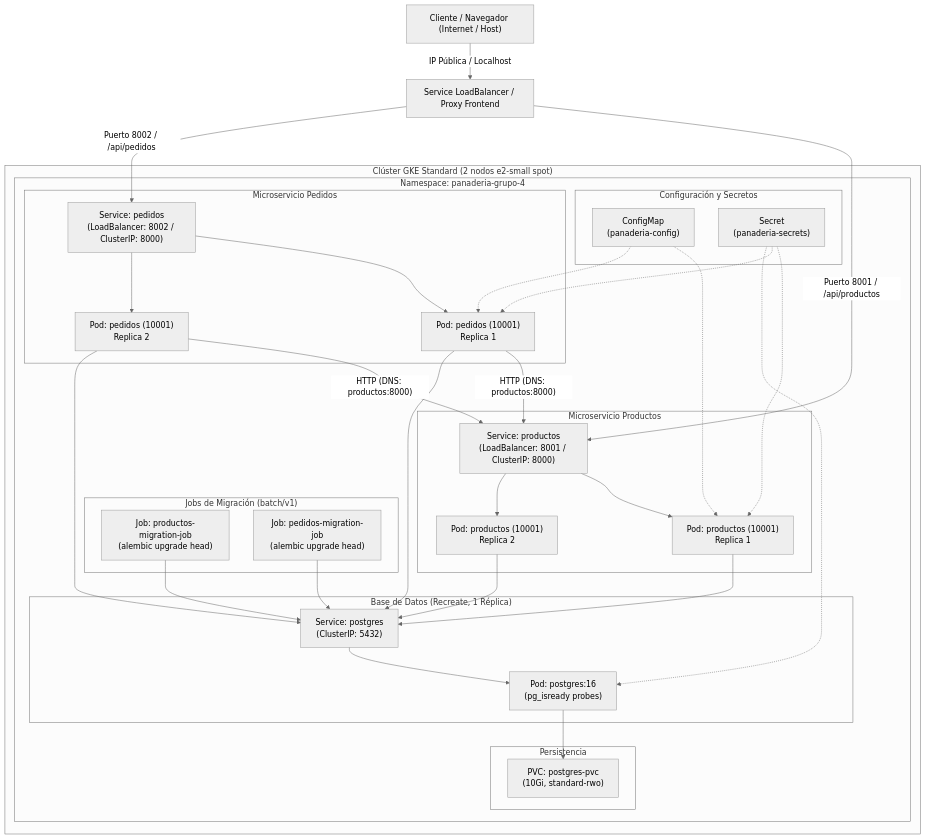
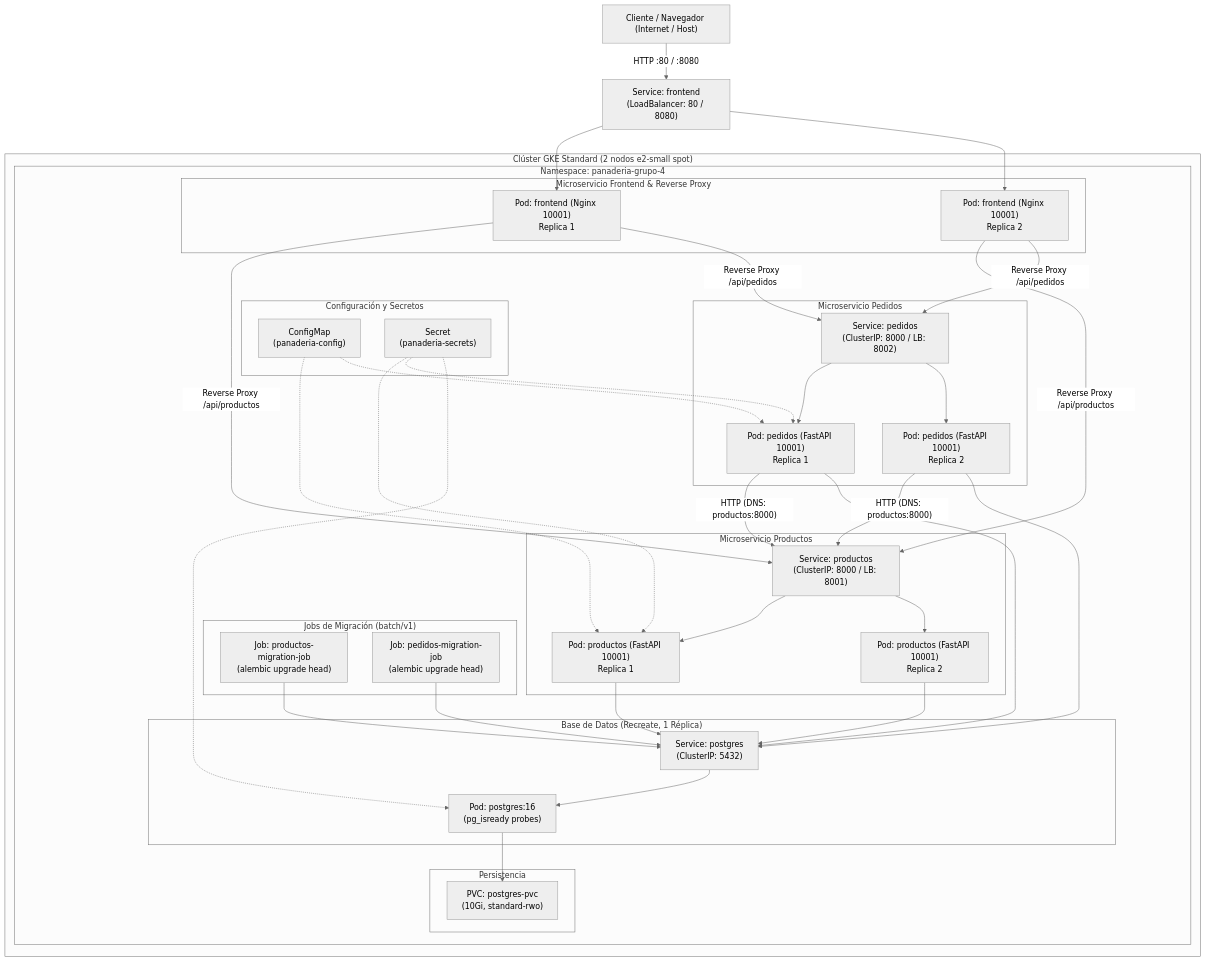
The diagram in docs/kubernetes.md (Hectorfl05/Virtualizacion_Proyecto_Final_PW), drawn with Mermaid (neutral theme) before and after one commit. The commit also changed other lines of this file and 3 other files, not shown here.

First line of the commit message:
docs: actualizar diagramas de arquitectura y dimensionamiento con frontend

````diff
--- a/docs/kubernetes.md
+++ b/docs/kubernetes.md
@@ -9,68 +9,78 @@
 ```mermaid
 graph TD
-    Client["Cliente / Navegador (Internet / Host)"] -->|"IP Pública / Localhost"| LB["Service LoadBalancer / Proxy Frontend"]
+    Client["Cliente / Navegador (Internet / Host)"] -->|"HTTP :80 / :8080"| SvcFront["Service: frontend\n(LoadBalancer: 80 / 8080)"]
 
     subgraph K8sCluster["Clúster GKE Standard (2 nodos e2-small spot)"]
         subgraph NS["Namespace: panaderia-grupo-4"]
             subgraph ConfigSec["Configuración y Secretos"]
                 CM["ConfigMap\n(panaderia-config)"]
                 Sec["Secret\n(panaderia-secrets)"]
             end
 
             subgraph Storage["Persistencia"]
                 PVC["PVC: postgres-pvc\n(10Gi, standard-rwo)"]
             end
 
             subgraph DB["Base de Datos (Recreate, 1 Réplica)"]
                 SvcPG["Service: postgres\n(ClusterIP: 5432)"]
                 PodPG["Pod: postgres:16\n(pg_isready probes)"]
             end
 
             subgraph Migrations["Jobs de Migración (batch/v1)"]
                 JobProd["Job: productos-migration-job\n(alembic upgrade head)"]
                 JobPed["Job: pedidos-migration-job\n(alembic upgrade head)"]
             end
 
+            subgraph FrontSvc["Microservicio Frontend & Reverse Proxy"]
+                PodFront1["Pod: frontend (Nginx 10001)\nReplica 1"]
+                PodFront2["Pod: frontend (Nginx 10001)\nReplica 2"]
+            end
+
             subgraph ProdSvc["Microservicio Productos"]
-                SvcProd["Service: productos\n(LoadBalancer: 8001 / ClusterIP: 8000)"]
-                PodProd1["Pod: productos (10001)\nReplica 1"]
-                PodProd2["Pod: productos (10001)\nReplica 2"]
+                SvcProd["Service: productos\n(ClusterIP: 8000 / LB: 8001)"]
+                PodProd1["Pod: productos (FastAPI 10001)\nReplica 1"]
+                PodProd2["Pod: productos (FastAPI 10001)\nReplica 2"]
             end
 
             subgraph PedSvc["Microservicio Pedidos"]
-                SvcPed["Service: pedidos\n(LoadBalancer: 8002 / ClusterIP: 8000)"]
-                PodPed1["Pod: pedidos (10001)\nReplica 1"]
-                PodPed2["Pod: pedidos (10001)\nReplica 2"]
+                SvcPed["Service: pedidos\n(ClusterIP: 8000 / LB: 8002)"]
+                PodPed1["Pod: pedidos (FastAPI 10001)\nReplica 1"]
+                PodPed2["Pod: pedidos (FastAPI 10001)\nReplica 2"]
             end
         end
     end
 
-    LB -->|"Puerto 8001 / /api/productos"| SvcProd
-    LB -->|"Puerto 8002 / /api/pedidos"| SvcPed
+    SvcFront --> PodFront1
+    SvcFront --> PodFront2
+
+    PodFront1 -->|"Reverse Proxy /api/productos"| SvcProd
+    PodFront2 -->|"Reverse Proxy /api/productos"| SvcProd
+    PodFront1 -->|"Reverse Proxy /api/pedidos"| SvcPed
+    PodFront2 -->|"Reverse Proxy /api/pedidos"| SvcPed
 
     SvcProd --> PodProd1
     SvcProd --> PodProd2
 
     SvcPed --> PodPed1
     SvcPed --> PodPed2
 
     PodPed1 -->|"HTTP (DNS: productos:8000)"| SvcProd
     PodPed2 -->|"HTTP (DNS: productos:8000)"| SvcProd
 
     PodPG --> PVC
     SvcPG --> PodPG
 
     JobProd --> SvcPG
     JobPed --> SvcPG
 
     PodProd1 --> SvcPG
     PodProd2 --> SvcPG
     PodPed1 --> SvcPG
     PodPed2 --> SvcPG
 
     CM -.-> PodProd1
     CM -.-> PodPed1
     Sec -.-> PodProd1
     Sec -.-> PodPed1
     Sec -.-> PodPG
 ```
````
